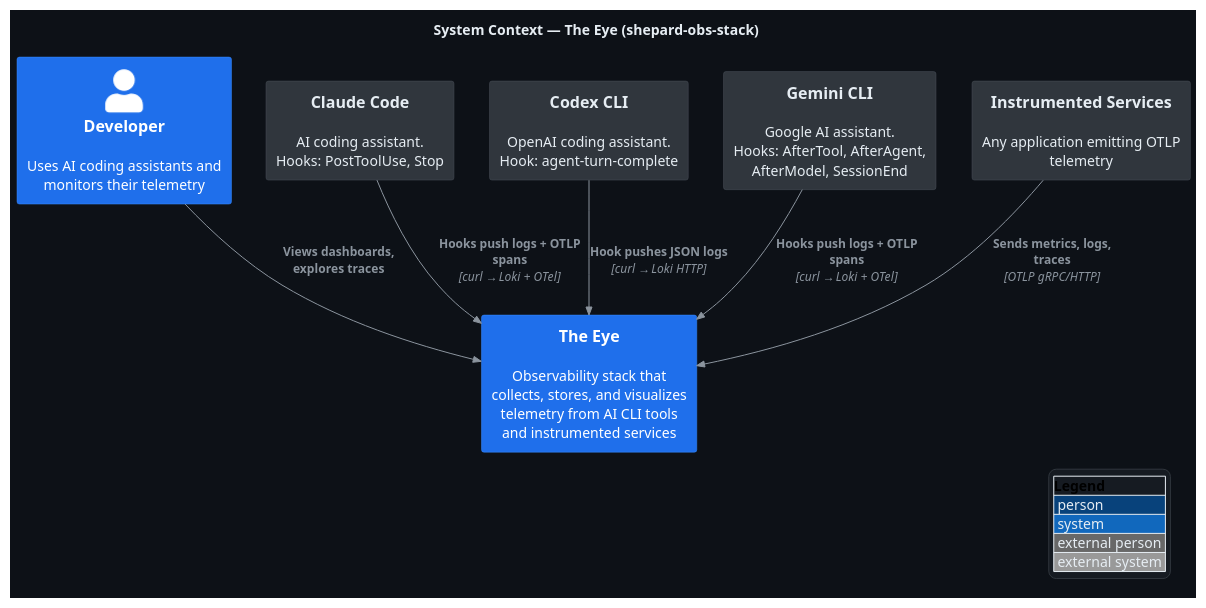
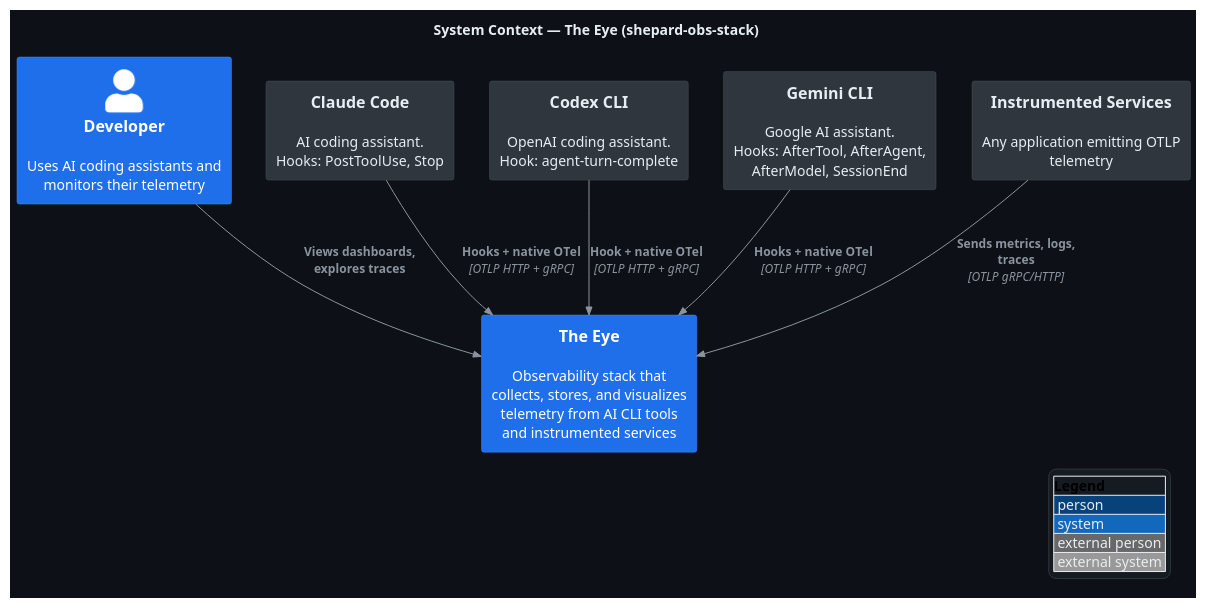
One commit to shepard-system/shepard-obs-stack changed the diagram in docs/c4/c1-system-context.puml. Above: the diagram before and after it, drawn with PlantUML. The commit also changed 9 other files, not shown here.

```diff
--- a/docs/c4/c1-system-context.puml
+++ b/docs/c4/c1-system-context.puml
@@ -1,37 +1,37 @@
 @startuml c1-system-context
 !include https://raw.githubusercontent.com/plantuml-stdlib/C4-PlantUML/master/C4_Context.puml
 
 ' ── Dark theme (GitHub #0d1117) ──
 skinparam backgroundColor #0d1117
 skinparam defaultFontColor #e6edf3
 skinparam ArrowColor #8b949e
 skinparam ArrowFontColor #8b949e
 skinparam titleFontColor #e6edf3
 skinparam legendBackgroundColor #161b22
 skinparam legendBorderColor #30363d
 skinparam legendFontColor #e6edf3
 
 UpdateElementStyle("person", $bgColor="#1f6feb", $fontColor="#ffffff", $borderColor="#388bfd")
 UpdateElementStyle("system", $bgColor="#1f6feb", $fontColor="#ffffff", $borderColor="#388bfd")
 UpdateElementStyle("external_system", $bgColor="#30363d", $fontColor="#e6edf3", $borderColor="#484f58")
 
 LAYOUT_WITH_LEGEND()
 
 title System Context — The Eye (shepard-obs-stack)
 
 Person(developer, "Developer", "Uses AI coding assistants and monitors their telemetry")
 
 System(eye, "The Eye", "Observability stack that collects, stores, and visualizes telemetry from AI CLI tools and instrumented services")
 
 System_Ext(claude, "Claude Code", "AI coding assistant.\nHooks: PostToolUse, Stop")
 System_Ext(codex, "Codex CLI", "OpenAI coding assistant.\nHook: agent-turn-complete")
 System_Ext(gemini, "Gemini CLI", "Google AI assistant.\nHooks: AfterTool, AfterAgent,\nAfterModel, SessionEnd")
 System_Ext(apps, "Instrumented Services", "Any application emitting OTLP telemetry")
 
 Rel(developer, eye, "Views dashboards, explores traces")
-Rel(claude, eye, "Hooks push logs + OTLP spans", "curl → Loki + OTel")
-Rel(codex, eye, "Hook pushes JSON logs", "curl → Loki HTTP")
-Rel(gemini, eye, "Hooks push logs + OTLP spans", "curl → Loki + OTel")
+Rel(claude, eye, "Hooks + native OTel", "OTLP HTTP + gRPC")
+Rel(codex, eye, "Hook + native OTel", "OTLP HTTP + gRPC")
+Rel(gemini, eye, "Hooks + native OTel", "OTLP HTTP + gRPC")
 Rel(apps, eye, "Sends metrics, logs, traces", "OTLP gRPC/HTTP")
 
 @enduml
```
